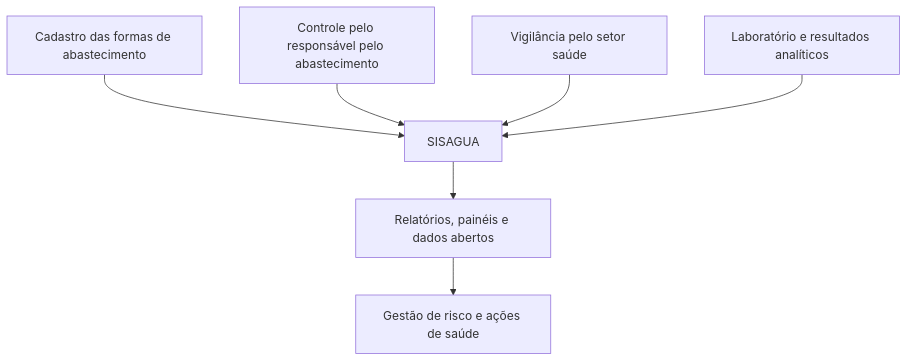
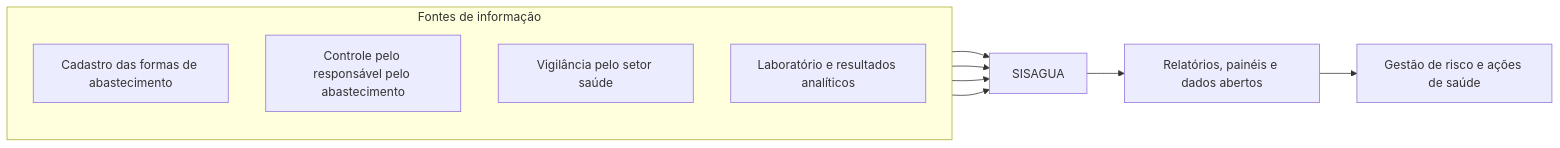
Before and after one commit to rfsaldanha/sis: the diagram in sisagua.qmd, drawn with Mermaid. The commit also changed other lines of this file and 65 other files, not shown here.

````diff
--- a/sisagua.qmd
+++ b/sisagua.qmd
@@ -99,11 +99,18 @@
 ```{mermaid}
 %%| fig-cap: "Fluxo simplificado de informação no SISAGUA"
 %%| label: fig-sisagua-fluxo
-flowchart TD
-  cad[Cadastro das formas de abastecimento] --> sis[SISAGUA]
-  ctrl[Controle pelo responsável pelo abastecimento] --> sis
-  vig[Vigilância pelo setor saúde] --> sis
-  lab[Laboratório e resultados analíticos] --> sis
+flowchart LR
+  subgraph fontes[Fontes de informação]
+    direction TB
+    cad[Cadastro das formas de abastecimento]
+    ctrl[Controle pelo responsável pelo abastecimento]
+    vig[Vigilância pelo setor saúde]
+    lab[Laboratório e resultados analíticos]
+  end
+  cad --> sis[SISAGUA]
+  ctrl --> sis
+  vig --> sis
+  lab --> sis
   sis --> rel[Relatórios, painéis e dados abertos]
   rel --> gest[Gestão de risco e ações de saúde]
 ```
````
